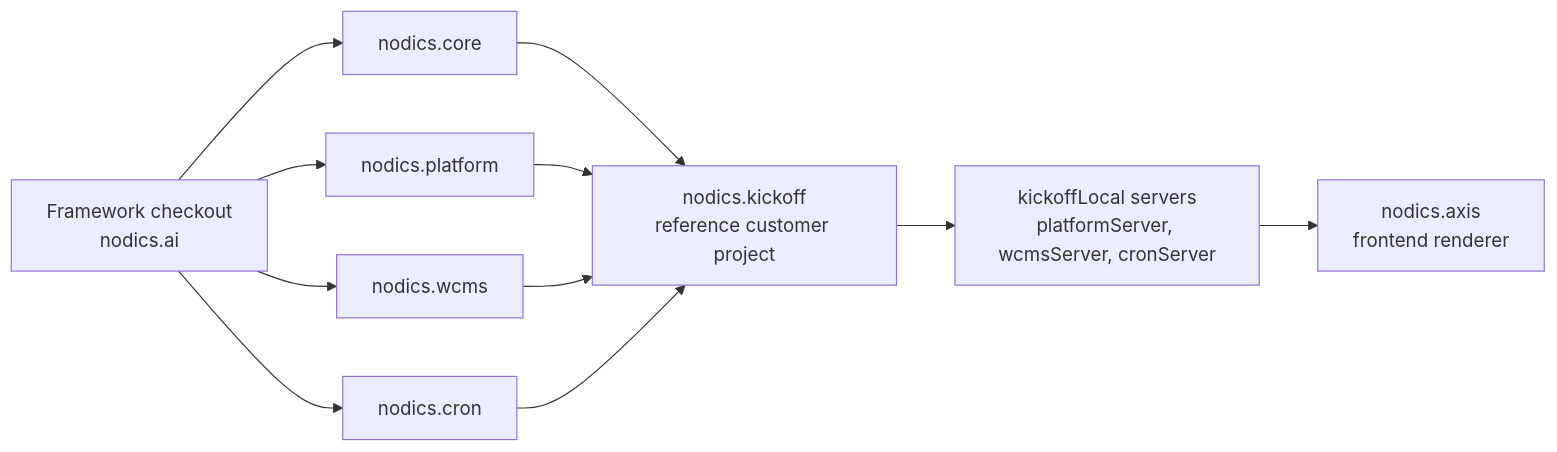
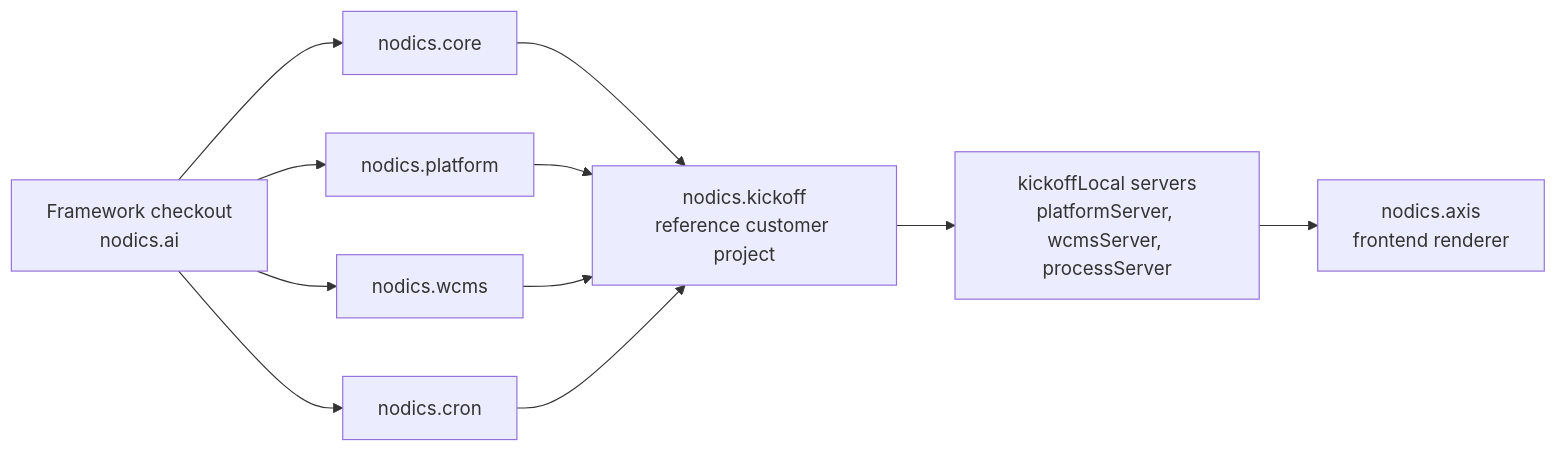
The second of 2 diagrams in data/core/source/documentation/pages/project-overview.md (Nodics/nodics.kickoff), drawn with Mermaid before and after one commit. The commit also changed other lines of this file and 9 other files, not shown here.

Commit message:
Use process server for automation runtime

````diff
--- a/data/core/source/documentation/pages/project-overview.md
+++ b/data/core/source/documentation/pages/project-overview.md
@@ -128,13 +129,13 @@
 ```mermaid
 flowchart LR
   FrameworkRoot["Framework checkout<br/>nodics.ai"] --> Core["nodics.core"]
   FrameworkRoot --> Platform["nodics.platform"]
   FrameworkRoot --> WCMS["nodics.wcms"]
   FrameworkRoot --> Cron["nodics.cron"]
   Core --> Project["nodics.kickoff<br/>reference customer project"]
   Platform --> Project
   WCMS --> Project
   Cron --> Project
-  Project --> Servers["kickoffLocal servers<br/>platformServer, wcmsServer, cronServer"]
+  Project --> Servers["kickoffLocal servers<br/>platformServer, wcmsServer, processServer"]
   Servers --> Axis["nodics.axis<br/>frontend renderer"]
 ```
````
